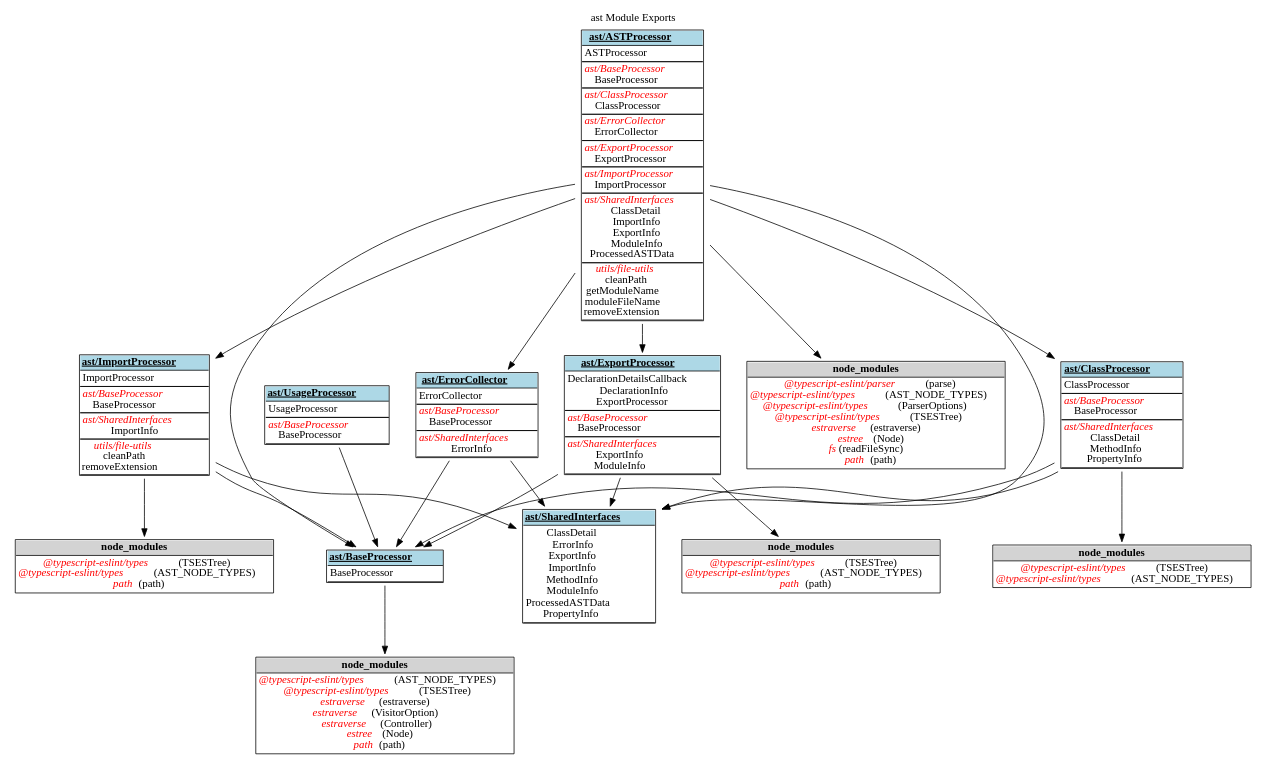
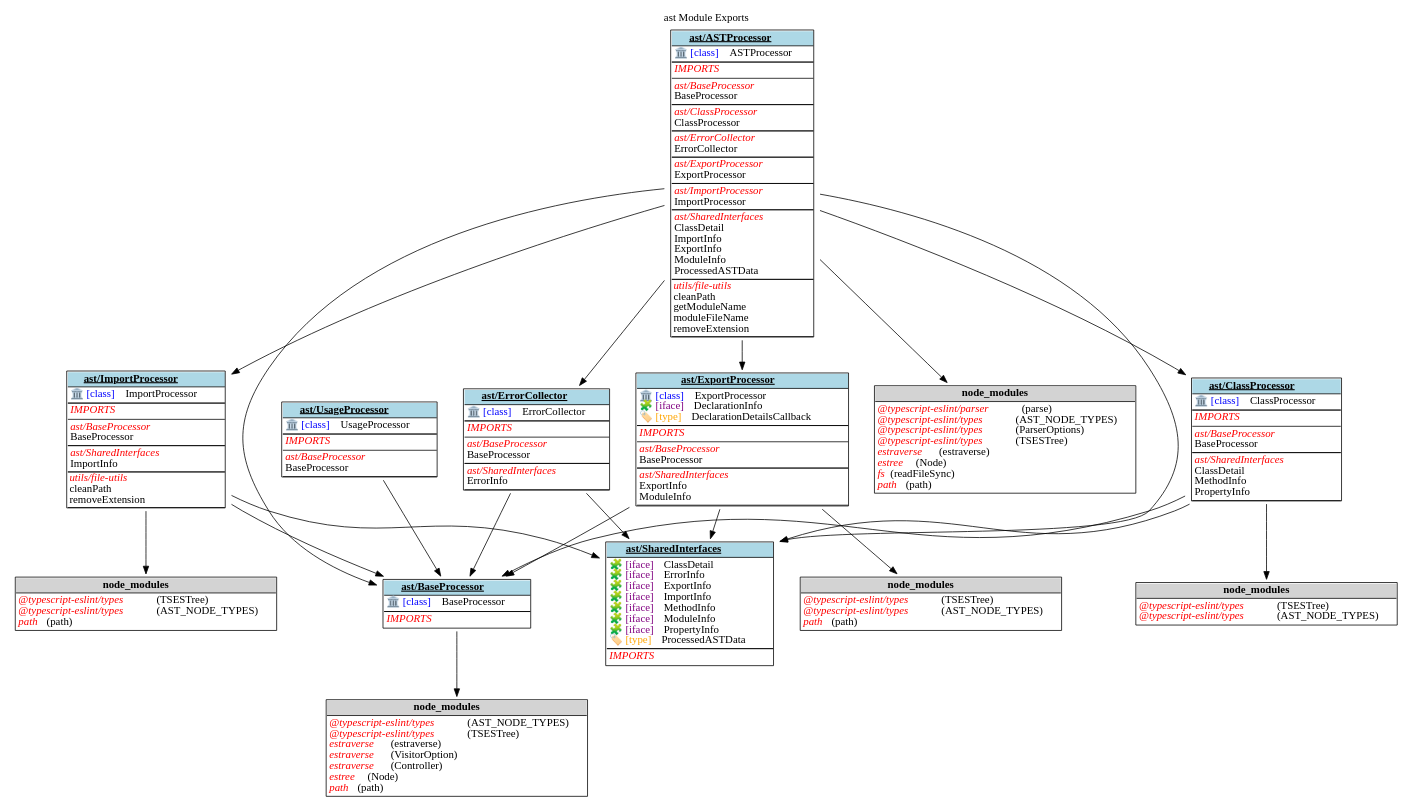
One commit to fleebe/GitHubPages changed the diagram in dep-graph-ts/ast_ExportGraph.dot. Above: the diagram before and after it, drawn with Graphviz. The commit also changed 22 other files, not shown here.

Commit message:
Update docs for dep-graph-ts from fleebe/dep-graph-ts workflow

```diff
--- a/dep-graph-ts/ast_ExportGraph.dot
+++ b/dep-graph-ts/ast_ExportGraph.dot
@@ -1,31 +1,34 @@
 digraph {label="ast Module Exports";
 labelloc="t";
 "ast/ASTProcessor" [shape=none, label=<<TABLE cellspacing="0" cellborder="0" align="left">
-<TR><TD bgcolor="lightblue" HREF="tsdocs\modules\ast_ASTProcessor.html" TARGET="_blank" align="center"><U><B>ast/ASTProcessor</B></U></TD></TR>
-<TR><TD BORDER="1" SIDES="TB" align="left">
-ASTProcessor<BR/>
+<TR><TD bgcolor="lightblue" HREF="tsdocs\modules\ast_ASTProcessor.html" TARGET="_blank" align="CENTER"><U><B>ast/ASTProcessor</B></U></TD></TR>
+<TR><TD BORDER="1" SIDES="TB" ALIGN="LEFT" BALIGN="LEFT">
+<font color='blue'>🏛️ [class]</font>  ASTProcessor<BR/>
 </TD></TR>
-<TR><TD BORDER="1" SIDES="TB" align="left">
+<TR><TD BORDER="1" SIDES="T" align="LEFT">
+<font color="red"><I>IMPORTS</I></font><BR/>
+</TD></TR>
+<TR><TD BORDER="1" SIDES="TB" align="left" BALIGN="LEFT">
 <font color="red"><I>ast/BaseProcessor</I></font><BR/>
 BaseProcessor<BR/>
 </TD></TR>
-<TR><TD BORDER="1" SIDES="TB" align="left">
+<TR><TD BORDER="1" SIDES="TB" align="left" BALIGN="LEFT">
 <font color="red"><I>ast/ClassProcessor</I></font><BR/>
 ClassProcessor<BR/>
 </TD></TR>
-<TR><TD BORDER="1" SIDES="TB" align="left">
+<TR><TD BORDER="1" SIDES="TB" align="left" BALIGN="LEFT">
 <font color="red"><I>ast/ErrorCollector</I></font><BR/>
 ErrorCollector<BR/>
 </TD></TR>
-<TR><TD BORDER="1" SIDES="TB" align="left">
+<TR><TD BORDER="1" SIDES="TB" align="left" BALIGN="LEFT">
 <font color="red"><I>ast/ExportProcessor</I></font><BR/>
 ExportProcessor<BR/>
 </TD></TR>
-<TR><TD BORDER="1" SIDES="TB" align="left">
+<TR><TD BORDER="1" SIDES="TB" align="left" BALIGN="LEFT">
 <font color="red"><I>ast/ImportProcessor</I></font><BR/>
 ImportProcessor<BR/>
 </TD></TR>
-<TR><TD BORDER="1" SIDES="TB" align="left">
+<TR><TD BORDER="1" SIDES="TB" align="left" BALIGN="LEFT">
 <font color="red"><I>ast/SharedInterfaces</I></font><BR/>
 ClassDetail<BR/>
 ImportInfo<BR/>
@@ -33,7 +36,7 @@
 ModuleInfo<BR/>
 ProcessedASTData<BR/>
 </TD></TR>
-<TR><TD BORDER="1" SIDES="TB" cellpadding="1" align="left">
+<TR><TD BORDER="1" SIDES="TB" cellpadding="1" align="left" BALIGN="LEFT">
 <font color="red"><I>utils/file-utils</I></font><BR/>
 cleanPath<BR/>
 getModuleName<BR/>
@@ -43,47 +46,53 @@
 </TABLE>>];
 "ast/ASTProcessor-node_modules" [shape=none, label=<<TABLE cellspacing="0" cellborder="0" align="left">
 <TR><TD bgcolor="lightgrey" align="center"><B>node_modules</B></TD></TR>
-<TR><TD BORDER="1" SIDES="T" align="left">
-<font color="red"><I>@typescript-eslint/parser</I></font> (parse)<BR/>
-<font color="red"><I>@typescript-eslint/types</I></font> (AST_NODE_TYPES)<BR/>
-<font color="red"><I>@typescript-eslint/types</I></font> (ParserOptions)<BR/>
-<font color="red"><I>@typescript-eslint/types</I></font> (TSESTree)<BR/>
-<font color="red"><I>estraverse</I></font> (estraverse)<BR/>
-<font color="red"><I>estree</I></font> (Node)<BR/>
-<font color="red"><I>fs</I></font> (readFileSync)<BR/>
-<font color="red"><I>path</I></font> (path)<BR/>
+<TR><TD BORDER="1" SIDES="T" align="left" BALIGN="LEFT">
+<font color="red"><I>@typescript-eslint/parser</I></font>  (parse)<BR/>
+<font color="red"><I>@typescript-eslint/types</I></font>  (AST_NODE_TYPES)<BR/>
+<font color="red"><I>@typescript-eslint/types</I></font>  (ParserOptions)<BR/>
+<font color="red"><I>@typescript-eslint/types</I></font>  (TSESTree)<BR/>
+<font color="red"><I>estraverse</I></font>  (estraverse)<BR/>
+<font color="red"><I>estree</I></font>  (Node)<BR/>
+<font color="red"><I>fs</I></font>  (readFileSync)<BR/>
+<font color="red"><I>path</I></font>  (path)<BR/>
 </TD></TR>
 </TABLE>>];
 "ast/ASTProcessor"->"ast/ASTProcessor-node_modules";
 "ast/BaseProcessor" [shape=none, label=<<TABLE cellspacing="0" cellborder="0" align="left">
-<TR><TD bgcolor="lightblue" HREF="tsdocs\modules\ast_BaseProcessor.html" TARGET="_blank" align="center"><U><B>ast/BaseProcessor</B></U></TD></TR>
-<TR><TD BORDER="1" SIDES="TB" align="left">
-BaseProcessor<BR/>
+<TR><TD bgcolor="lightblue" HREF="tsdocs\modules\ast_BaseProcessor.html" TARGET="_blank" align="CENTER"><U><B>ast/BaseProcessor</B></U></TD></TR>
+<TR><TD BORDER="1" SIDES="TB" ALIGN="LEFT" BALIGN="LEFT">
+<font color='blue'>🏛️ [class]</font>  BaseProcessor<BR/>
+</TD></TR>
+<TR><TD BORDER="1" SIDES="T" align="LEFT">
+<font color="red"><I>IMPORTS</I></font><BR/>
 </TD></TR>
 </TABLE>>];
 "ast/BaseProcessor-node_modules" [shape=none, label=<<TABLE cellspacing="0" cellborder="0" align="left">
 <TR><TD bgcolor="lightgrey" align="center"><B>node_modules</B></TD></TR>
-<TR><TD BORDER="1" SIDES="T" align="left">
-<font color="red"><I>@typescript-eslint/types</I></font> (AST_NODE_TYPES)<BR/>
-<font color="red"><I>@typescript-eslint/types</I></font> (TSESTree)<BR/>
-<font color="red"><I>estraverse</I></font> (estraverse)<BR/>
-<font color="red"><I>estraverse</I></font> (VisitorOption)<BR/>
-<font color="red"><I>estraverse</I></font> (Controller)<BR/>
-<font color="red"><I>estree</I></font> (Node)<BR/>
-<font color="red"><I>path</I></font> (path)<BR/>
+<TR><TD BORDER="1" SIDES="T" align="left" BALIGN="LEFT">
+<font color="red"><I>@typescript-eslint/types</I></font>  (AST_NODE_TYPES)<BR/>
+<font color="red"><I>@typescript-eslint/types</I></font>  (TSESTree)<BR/>
+<font color="red"><I>estraverse</I></font>  (estraverse)<BR/>
+<font color="red"><I>estraverse</I></font>  (VisitorOption)<BR/>
+<font color="red"><I>estraverse</I></font>  (Controller)<BR/>
+<font color="red"><I>estree</I></font>  (Node)<BR/>
+<font color="red"><I>path</I></font>  (path)<BR/>
 </TD></TR>
 </TABLE>>];
 "ast/BaseProcessor"->"ast/BaseProcessor-node_modules";
 "ast/ClassProcessor" [shape=none, label=<<TABLE cellspacing="0" cellborder="0" align="left">
-<TR><TD bgcolor="lightblue" HREF="tsdocs\modules\ast_ClassProcessor.html" TARGET="_blank" align="center"><U><B>ast/ClassProcessor</B></U></TD></TR>
-<TR><TD BORDER="1" SIDES="TB" align="left">
-ClassProcessor<BR/>
+<TR><TD bgcolor="lightblue" HREF="tsdocs\modules\ast_ClassProcessor.html" TARGET="_blank" align="CENTER"><U><B>ast/ClassProcessor</B></U></TD></TR>
+<TR><TD BORDER="1" SIDES="TB" ALIGN="LEFT" BALIGN="LEFT">
+<font color='blue'>🏛️ [class]</font>  ClassProcessor<BR/>
 </TD></TR>
-<TR><TD BORDER="1" SIDES="TB" align="left">
+<TR><TD BORDER="1" SIDES="T" align="LEFT">
+<font color="red"><I>IMPORTS</I></font><BR/>
+</TD></TR>
+<TR><TD BORDER="1" SIDES="TB" align="left" BALIGN="LEFT">
 <font color="red"><I>ast/BaseProcessor</I></font><BR/>
 BaseProcessor<BR/>
 </TD></TR>
-<TR><TD BORDER="1" SIDES="TB" align="left">
+<TR><TD BORDER="1" SIDES="TB" align="left" BALIGN="LEFT">
 <font color="red"><I>ast/SharedInterfaces</I></font><BR/>
 ClassDetail<BR/>
 MethodInfo<BR/>
@@ -92,38 +101,44 @@
 </TABLE>>];
 "ast/ClassProcessor-node_modules" [shape=none, label=<<TABLE cellspacing="0" cellborder="0" align="left">
 <TR><TD bgcolor="lightgrey" align="center"><B>node_modules</B></TD></TR>
-<TR><TD BORDER="1" SIDES="T" align="left">
-<font color="red"><I>@typescript-eslint/types</I></font> (TSESTree)<BR/>
-<font color="red"><I>@typescript-eslint/types</I></font> (AST_NODE_TYPES)<BR/>
+<TR><TD BORDER="1" SIDES="T" align="left" BALIGN="LEFT">
+<font color="red"><I>@typescript-eslint/types</I></font>  (TSESTree)<BR/>
+<font color="red"><I>@typescript-eslint/types</I></font>  (AST_NODE_TYPES)<BR/>
 </TD></TR>
 </TABLE>>];
 "ast/ClassProcessor"->"ast/ClassProcessor-node_modules";
 "ast/ErrorCollector" [shape=none, label=<<TABLE cellspacing="0" cellborder="0" align="left">
-<TR><TD bgcolor="lightblue" HREF="tsdocs\modules\ast_ErrorCollector.html" TARGET="_blank" align="center"><U><B>ast/ErrorCollector</B></U></TD></TR>
-<TR><TD BORDER="1" SIDES="TB" align="left">
-ErrorCollector<BR/>
+<TR><TD bgcolor="lightblue" HREF="tsdocs\modules\ast_ErrorCollector.html" TARGET="_blank" align="CENTER"><U><B>ast/ErrorCollector</B></U></TD></TR>
+<TR><TD BORDER="1" SIDES="TB" ALIGN="LEFT" BALIGN="LEFT">
+<font color='blue'>🏛️ [class]</font>  ErrorCollector<BR/>
 </TD></TR>
-<TR><TD BORDER="1" SIDES="TB" align="left">
+<TR><TD BORDER="1" SIDES="T" align="LEFT">
+<font color="red"><I>IMPORTS</I></font><BR/>
+</TD></TR>
+<TR><TD BORDER="1" SIDES="TB" align="left" BALIGN="LEFT">
 <font color="red"><I>ast/BaseProcessor</I></font><BR/>
 BaseProcessor<BR/>
 </TD></TR>
-<TR><TD BORDER="1" SIDES="TB" align="left">
+<TR><TD BORDER="1" SIDES="TB" align="left" BALIGN="LEFT">
 <font color="red"><I>ast/SharedInterfaces</I></font><BR/>
 ErrorInfo<BR/>
 </TD></TR>
 </TABLE>>];
 "ast/ExportProcessor" [shape=none, label=<<TABLE cellspacing="0" cellborder="0" align="left">
-<TR><TD bgcolor="lightblue" HREF="tsdocs\modules\ast_ExportProcessor.html" TARGET="_blank" align="center"><U><B>ast/ExportProcessor</B></U></TD></TR>
-<TR><TD BORDER="1" SIDES="TB" align="left">
-DeclarationDetailsCallback<BR/>
-DeclarationInfo<BR/>
-ExportProcessor<BR/>
+<TR><TD bgcolor="lightblue" HREF="tsdocs\modules\ast_ExportProcessor.html" TARGET="_blank" align="CENTER"><U><B>ast/ExportProcessor</B></U></TD></TR>
+<TR><TD BORDER="1" SIDES="TB" ALIGN="LEFT" BALIGN="LEFT">
+<font color='blue'>🏛️ [class]</font>  ExportProcessor<BR/>
+<font color='purple'>🧩 [iface]</font>  DeclarationInfo<BR/>
+<font color='orange'>🏷️ [type]</font>  DeclarationDetailsCallback<BR/>
 </TD></TR>
-<TR><TD BORDER="1" SIDES="TB" align="left">
+<TR><TD BORDER="1" SIDES="T" align="LEFT">
+<font color="red"><I>IMPORTS</I></font><BR/>
+</TD></TR>
+<TR><TD BORDER="1" SIDES="TB" align="left" BALIGN="LEFT">
 <font color="red"><I>ast/BaseProcessor</I></font><BR/>
 BaseProcessor<BR/>
 </TD></TR>
-<TR><TD BORDER="1" SIDES="TB" align="left">
+<TR><TD BORDER="1" SIDES="TB" align="left" BALIGN="LEFT">
 <font color="red"><I>ast/SharedInterfaces</I></font><BR/>
 ExportInfo<BR/>
 ModuleInfo<BR/>
@@ -131,27 +146,30 @@
 </TABLE>>];
 "ast/ExportProcessor-node_modules" [shape=none, label=<<TABLE cellspacing="0" cellborder="0" align="left">
 <TR><TD bgcolor="lightgrey" align="center"><B>node_modules</B></TD></TR>
-<TR><TD BORDER="1" SIDES="T" align="left">
-<font color="red"><I>@typescript-eslint/types</I></font> (TSESTree)<BR/>
-<font color="red"><I>@typescript-eslint/types</I></font> (AST_NODE_TYPES)<BR/>
-<font color="red"><I>path</I></font> (path)<BR/>
+<TR><TD BORDER="1" SIDES="T" align="left" BALIGN="LEFT">
+<font color="red"><I>@typescript-eslint/types</I></font>  (TSESTree)<BR/>
+<font color="red"><I>@typescript-eslint/types</I></font>  (AST_NODE_TYPES)<BR/>
+<font color="red"><I>path</I></font>  (path)<BR/>
 </TD></TR>
 </TABLE>>];
 "ast/ExportProcessor"->"ast/ExportProcessor-node_modules";
 "ast/ImportProcessor" [shape=none, label=<<TABLE cellspacing="0" cellborder="0" align="left">
-<TR><TD bgcolor="lightblue" HREF="tsdocs\modules\ast_ImportProcessor.html" TARGET="_blank" align="center"><U><B>ast/ImportProcessor</B></U></TD></TR>
-<TR><TD BORDER="1" SIDES="TB" align="left">
-ImportProcessor<BR/>
+<TR><TD bgcolor="lightblue" HREF="tsdocs\modules\ast_ImportProcessor.html" TARGET="_blank" align="CENTER"><U><B>ast/ImportProcessor</B></U></TD></TR>
+<TR><TD BORDER="1" SIDES="TB" ALIGN="LEFT" BALIGN="LEFT">
+<font color='blue'>🏛️ [class]</font>  ImportProcessor<BR/>
 </TD></TR>
-<TR><TD BORDER="1" SIDES="TB" align="left">
+<TR><TD BORDER="1" SIDES="T" align="LEFT">
+<font color="red"><I>IMPORTS</I></font><BR/>
+</TD></TR>
+<TR><TD BORDER="1" SIDES="TB" align="left" BALIGN="LEFT">
 <font color="red"><I>ast/BaseProcessor</I></font><BR/>
 BaseProcessor<BR/>
 </TD></TR>
-<TR><TD BORDER="1" SIDES="TB" align="left">
+<TR><TD BORDER="1" SIDES="TB" align="left" BALIGN="LEFT">
 <font color="red"><I>ast/SharedInterfaces</I></font><BR/>
 ImportInfo<BR/>
 </TD></TR>
-<TR><TD BORDER="1" SIDES="TB" cellpadding="1" align="left">
+<TR><TD BORDER="1" SIDES="TB" cellpadding="1" align="left" BALIGN="LEFT">
 <font color="red"><I>utils/file-utils</I></font><BR/>
 cleanPath<BR/>
 removeExtension<BR/>
@@ -159,32 +177,38 @@
 </TABLE>>];
 "ast/ImportProcessor-node_modules" [shape=none, label=<<TABLE cellspacing="0" cellborder="0" align="left">
 <TR><TD bgcolor="lightgrey" align="center"><B>node_modules</B></TD></TR>
-<TR><TD BORDER="1" SIDES="T" align="left">
-<font color="red"><I>@typescript-eslint/types</I></font> (TSESTree)<BR/>
-<font color="red"><I>@typescript-eslint/types</I></font> (AST_NODE_TYPES)<BR/>
-<font color="red"><I>path</I></font> (path)<BR/>
+<TR><TD BORDER="1" SIDES="T" align="left" BALIGN="LEFT">
+<font color="red"><I>@typescript-eslint/types</I></font>  (TSESTree)<BR/>
+<font color="red"><I>@typescript-eslint/types</I></font>  (AST_NODE_TYPES)<BR/>
+<font color="red"><I>path</I></font>  (path)<BR/>
 </TD></TR>
 </TABLE>>];
 "ast/ImportProcessor"->"ast/ImportProcessor-node_modules";
 "ast/SharedInterfaces" [shape=none, label=<<TABLE cellspacing="0" cellborder="0" align="left">
-<TR><TD bgcolor="lightblue" HREF="tsdocs\modules\ast_SharedInterfaces.html" TARGET="_blank" align="center"><U><B>ast/SharedInterfaces</B></U></TD></TR>
-<TR><TD BORDER="1" SIDES="TB" align="left">
-ClassDetail<BR/>
-ErrorInfo<BR/>
-ExportInfo<BR/>
-ImportInfo<BR/>
-MethodInfo<BR/>
-ModuleInfo<BR/>
-ProcessedASTData<BR/>
-PropertyInfo<BR/>
+<TR><TD bgcolor="lightblue" HREF="tsdocs\modules\ast_SharedInterfaces.html" TARGET="_blank" align="CENTER"><U><B>ast/SharedInterfaces</B></U></TD></TR>
+<TR><TD BORDER="1" SIDES="TB" ALIGN="LEFT" BALIGN="LEFT">
+<font color='purple'>🧩 [iface]</font>  ClassDetail<BR/>
+<font color='purple'>🧩 [iface]</font>  ErrorInfo<BR/>
+<font color='purple'>🧩 [iface]</font>  ExportInfo<BR/>
+<font color='purple'>🧩 [iface]</font>  ImportInfo<BR/>
+<font color='purple'>🧩 [iface]</font>  MethodInfo<BR/>
+<font color='purple'>🧩 [iface]</font>  ModuleInfo<BR/>
+<font color='purple'>🧩 [iface]</font>  PropertyInfo<BR/>
+<font color='orange'>🏷️ [type]</font>  ProcessedASTData<BR/>
+</TD></TR>
+<TR><TD BORDER="1" SIDES="T" align="LEFT">
+<font color="red"><I>IMPORTS</I></font><BR/>
 </TD></TR>
 </TABLE>>];
 "ast/UsageProcessor" [shape=none, label=<<TABLE cellspacing="0" cellborder="0" align="left">
-<TR><TD bgcolor="lightblue" HREF="tsdocs\modules\ast_UsageProcessor.html" TARGET="_blank" align="center"><U><B>ast/UsageProcessor</B></U></TD></TR>
-<TR><TD BORDER="1" SIDES="TB" align="left">
-UsageProcessor<BR/>
+<TR><TD bgcolor="lightblue" HREF="tsdocs\modules\ast_UsageProcessor.html" TARGET="_blank" align="CENTER"><U><B>ast/UsageProcessor</B></U></TD></TR>
+<TR><TD BORDER="1" SIDES="TB" ALIGN="LEFT" BALIGN="LEFT">
+<font color='blue'>🏛️ [class]</font>  UsageProcessor<BR/>
 </TD></TR>
-<TR><TD BORDER="1" SIDES="TB" align="left">
+<TR><TD BORDER="1" SIDES="T" align="LEFT">
+<font color="red"><I>IMPORTS</I></font><BR/>
+</TD></TR>
+<TR><TD BORDER="1" SIDES="TB" align="left" BALIGN="LEFT">
 <font color="red"><I>ast/BaseProcessor</I></font><BR/>
 BaseProcessor<BR/>
 </TD></TR>
```
